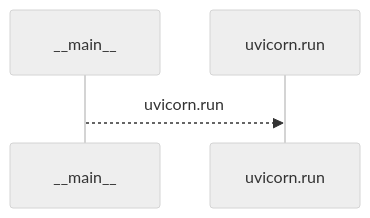
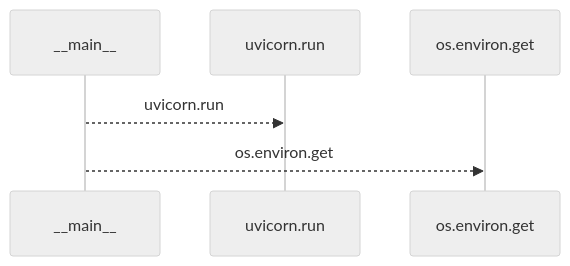
Before and after one commit to Denissvgn/WorkChord: the first of 2 diagrams in docs/llm_wiki/flows/process-serve_disposable_oidc.md, drawn with Mermaid (neutral theme). The commit also changed other lines of this file and 344 other files, not shown here.

````diff
--- a/docs/llm_wiki/flows/process-serve_disposable_oidc.md
+++ b/docs/llm_wiki/flows/process-serve_disposable_oidc.md
@@ -12,6 +12,8 @@
 ```mermaid
 sequenceDiagram
     participant p0 as __main__
     participant p1 as uvicorn.run
+    participant p2 as os.environ.get
     p0-->>p1: uvicorn.run
+    p0-->>p2: os.environ.get
 ```
````
